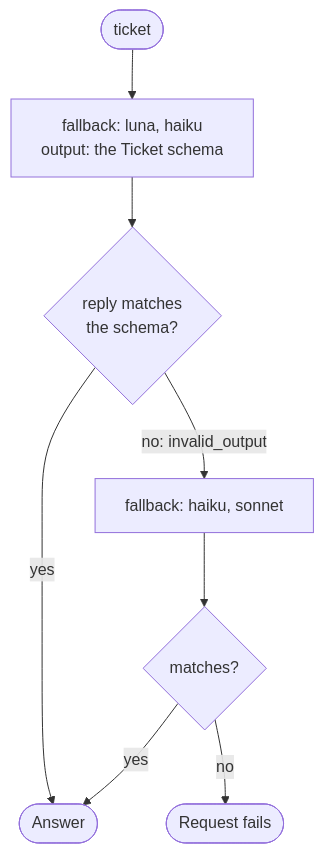
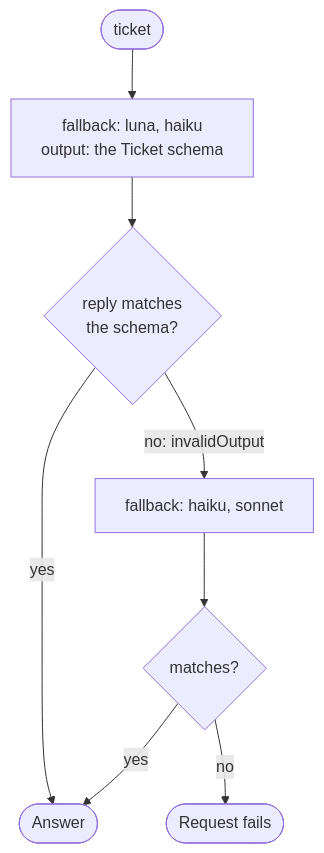
The third of 3 diagrams in examples/desk/README.md (skrrt-sh/motty-sdk), drawn with Mermaid before and after one commit. The commit also changed 184 other files, not shown here.

````diff
--- a/examples/desk/README.md
+++ b/examples/desk/README.md
@@ -128,10 +128,10 @@
 ```mermaid
 flowchart TD
   start([ticket]) --> first["fallback: luna, haiku<br/>output: the Ticket schema"]
   first --> valid{"reply matches<br/>the schema?"}
   valid -- yes --> answer([Answer])
-  valid -- "no: invalid_output" --> second["fallback: haiku, sonnet"]
+  valid -- "no: invalidOutput" --> second["fallback: haiku, sonnet"]
   second --> again{"matches?"}
   again -- yes --> answer
   again -- no --> failed([Request fails])
 ```
````
